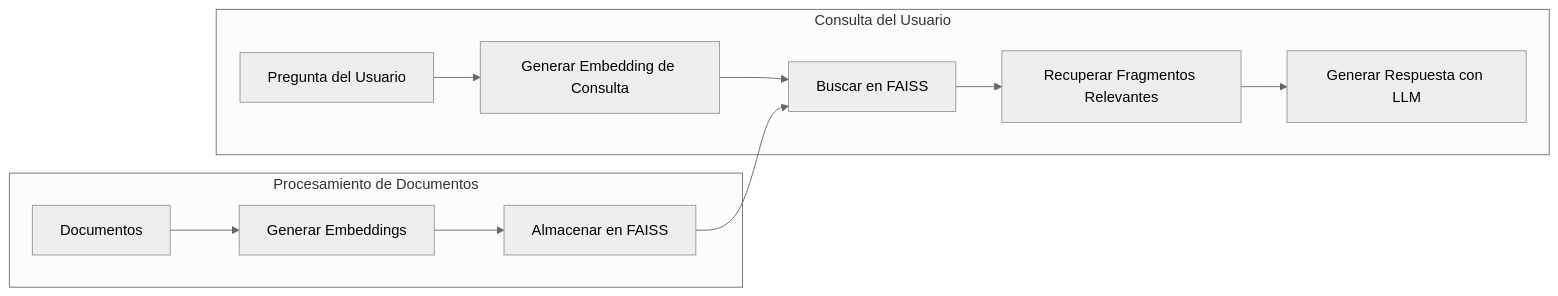
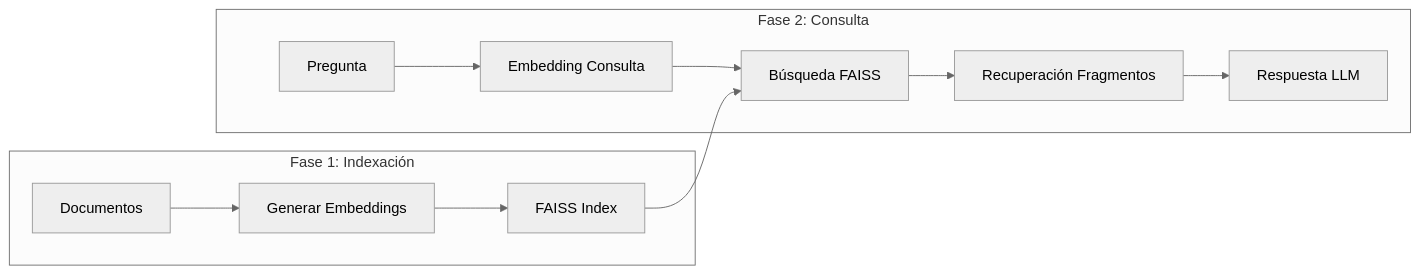
Before and after one commit to Milton421/PocketFlow-Assistant: the second of 2 diagrams in README.md, drawn with Mermaid (neutral theme). The commit also changed other lines of this file, not shown here.

````diff
--- a/README.md
+++ b/README.md
@@ -131,18 +169,16 @@
 ```mermaid
 flowchart LR
-    %% ===== FLUJO DE DATOS =====
-    subgraph Indexación[Procesamiento de Documentos]
-        A[Documentos] --> B[Generar Embeddings]
-        B --> C[Almacenar en FAISS]
+    subgraph Indexación["Fase 1: Indexación"]
+        A["Documentos"] --> B["Generar Embeddings"]
+        B --> C["FAISS Index"]
     end
 
-    subgraph Consulta[Consulta del Usuario]
-        D[Pregunta del Usuario] --> E[Generar Embedding de Consulta]
-        E --> F[Buscar en FAISS]
-        F --> G[Recuperar Fragmentos Relevantes]
-        G --> H[Generar Respuesta con LLM]
+    subgraph Consulta["Fase 2: Consulta"]
+        D["Pregunta"] --> E["Embedding Consulta"]
+        E --> F["Búsqueda FAISS"]
+        F --> G["Recuperación Fragmentos"]
+        G --> H["Respuesta LLM"]
     end
 
-    %% CONEXIÓN ENTRE FLUJOS
     C --> F
 ```
````
